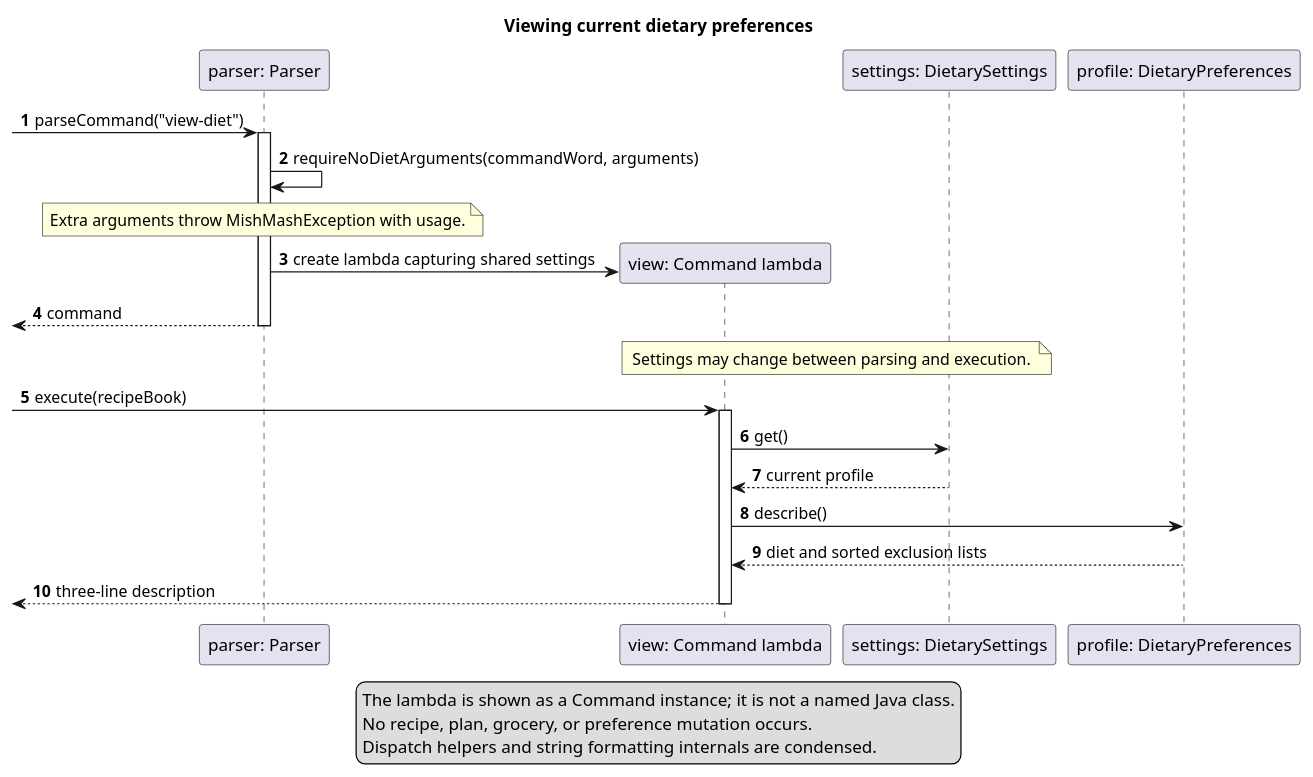
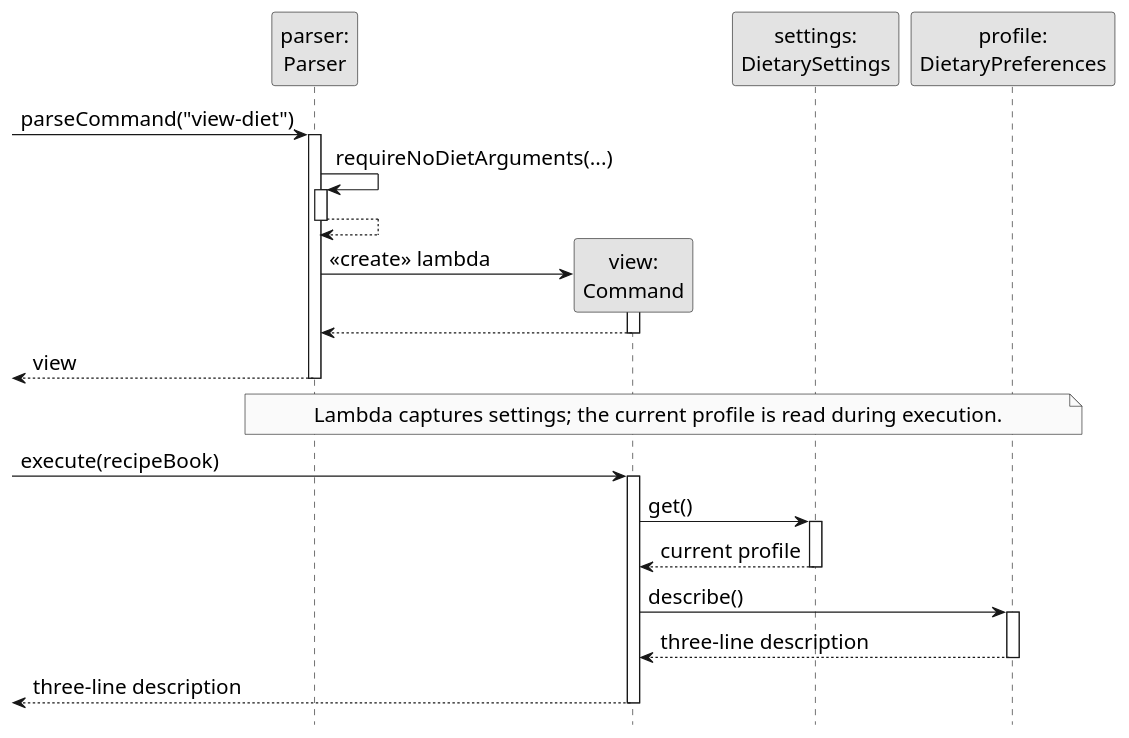
Before and after one commit to AY2627S1-CS2113-W13-4/tp: the diagram in docs/diagrams/dietary/viewing.puml, drawn with PlantUML. The commit also changed 6 other files, not shown here.

First line of the commit message:
docs: align dietary sequence diagrams with course UML conventions

```diff
--- a/docs/diagrams/dietary/viewing.puml
+++ b/docs/diagrams/dietary/viewing.puml
@@ -1,30 +1,40 @@
 @startuml
-title Viewing current dietary preferences
-autonumber
-participant "parser: Parser" as P
-participant "view: Command lambda" as C
-participant "settings: DietarySettings" as S
-participant "profile: DietaryPreferences" as D
+skinparam backgroundColor white
+skinparam defaultFontName SansSerif
+skinparam defaultFontSize 17
+skinparam shadowing false
+skinparam monochrome true
+hide footbox
+participant "parser:\nParser" as P
+participant "view:\nCommand" as C
+participant "settings:\nDietarySettings" as S
+participant "profile:\nDietaryPreferences" as D
 [-> P : parseCommand("view-diet")
 activate P
-P -> P : requireNoDietArguments(commandWord, arguments)
-note over P : Extra arguments throw MishMashException with usage.
+P -> P : requireNoDietArguments(...)
+activate P
+P --> P
+deactivate P
 create C
-P -> C : create lambda capturing shared settings
-P -->[ : command
+P -> C : <<create>> lambda
+activate C
+C --> P
+deactivate C
+P -->[ : view
 deactivate P
-note over C, S : Settings may change between parsing and execution.
+note over P, D
+  Lambda captures settings; the current profile is read during execution.
+end note
 [-> C : execute(recipeBook)
 activate C
 C -> S : get()
+activate S
 S --> C : current profile
+deactivate S
 C -> D : describe()
-D --> C : diet and sorted exclusion lists
+activate D
+D --> C : three-line description
+deactivate D
 C -->[ : three-line description
 deactivate C
-legend bottom
-  The lambda is shown as a Command instance; it is not a named Java class.
-  No recipe, plan, grocery, or preference mutation occurs.
-  Dispatch helpers and string formatting internals are condensed.
-endlegend
 @enduml
```
